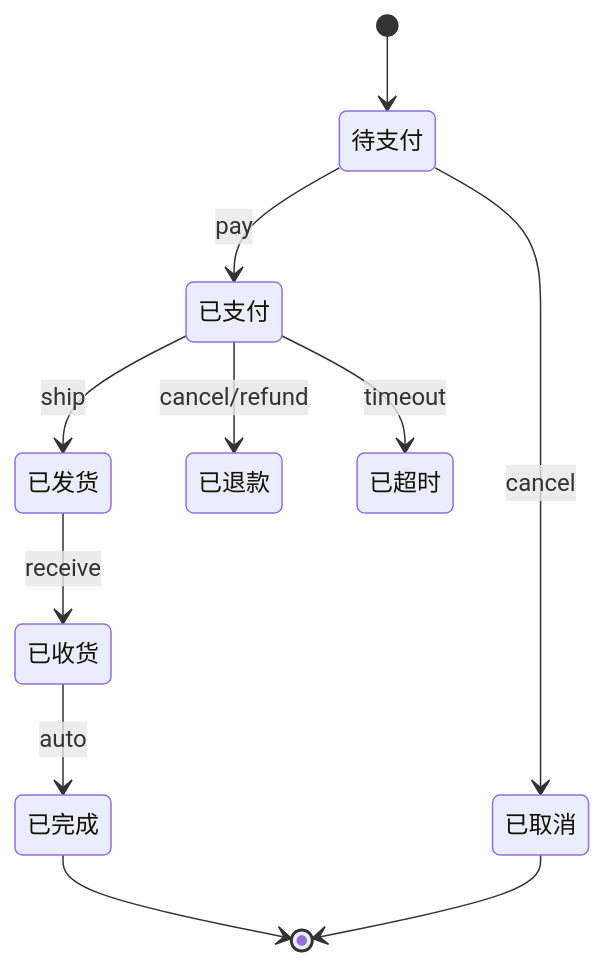
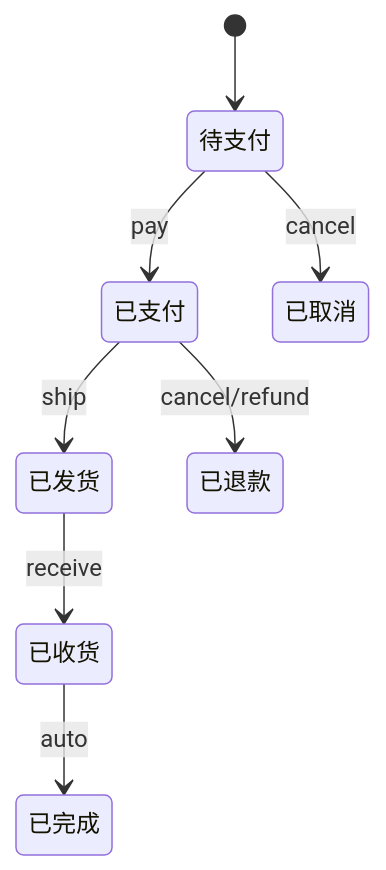
The third of 8 diagrams in docs/08.编程/03.巧学设计模式/19.状态模式设计思想.md (chongyang211/YCBookBlog), drawn with Mermaid before and after one commit. The commit also changed other lines of this file and 13 other files, not shown here.

````diff
--- a/docs/08.编程/03.巧学设计模式/19.状态模式设计思想.md
+++ b/docs/08.编程/03.巧学设计模式/19.状态模式设计思想.md
@@ -484,13 +197,10 @@
 ```mermaid
 stateDiagram-v2
     [*] --> 待支付
     待支付 --> 已支付: pay
     待支付 --> 已取消: cancel
     已支付 --> 已发货: ship
     已支付 --> 已退款: cancel/refund
     已发货 --> 已收货: receive
     已收货 --> 已完成: auto
-    已支付 --> 已超时: timeout
-    已完成 --> [*]
-    已取消 --> [*]
 ```
````
